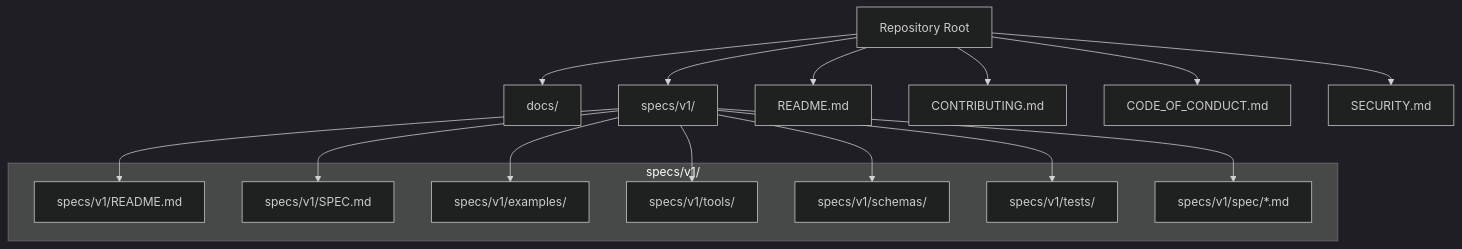
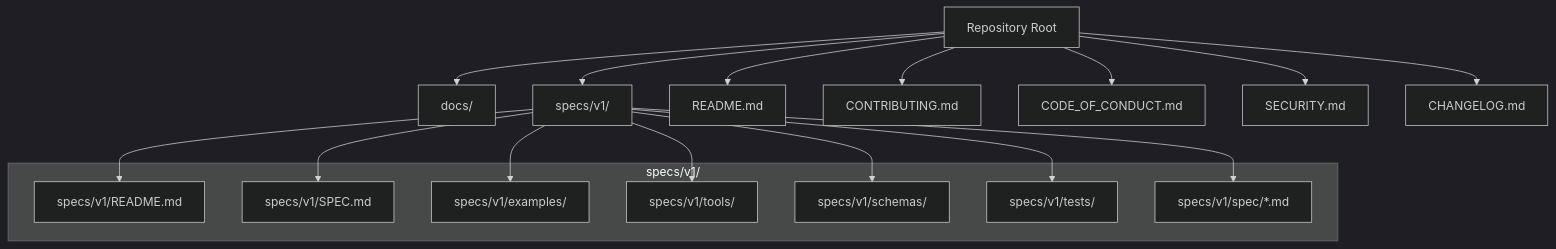
The first of 7 diagrams in .qoder/repowiki/en/content/Development and Contributing.md (asukhodko/opskarta), drawn with Mermaid (dark theme) before and after one commit. The commit also changed other lines of this file and 4 other files, not shown here.

````diff
--- a/.qoder/repowiki/en/content/Development and Contributing.md
+++ b/.qoder/repowiki/en/content/Development and Contributing.md
@@ -64,32 +148,34 @@
 ```mermaid
 graph TB
 root["Repository Root"]
 docs["docs/"]
 specs["specs/v1/"]
 readme_root["README.md"]
 contributing["CONTRIBUTING.md"]
 coc["CODE_OF_CONDUCT.md"]
 security["SECURITY.md"]
+changelog["CHANGELOG.md"]
 subgraph "specs/v1/"
 v1_readme["specs/v1/README.md"]
 v1_spec["specs/v1/SPEC.md"]
 v1_examples["specs/v1/examples/"]
 v1_tools["specs/v1/tools/"]
 v1_schemas["specs/v1/schemas/"]
 v1_tests["specs/v1/tests/"]
 v1_spec_parts["specs/v1/spec/*.md"]
 end
 root --> docs
 root --> specs
 root --> readme_root
 root --> contributing
 root --> coc
 root --> security
+root --> changelog
 specs --> v1_readme
 specs --> v1_spec
 specs --> v1_examples
 specs --> v1_tools
 specs --> v1_schemas
 specs --> v1_tests
 specs --> v1_spec_parts
 ```
````
